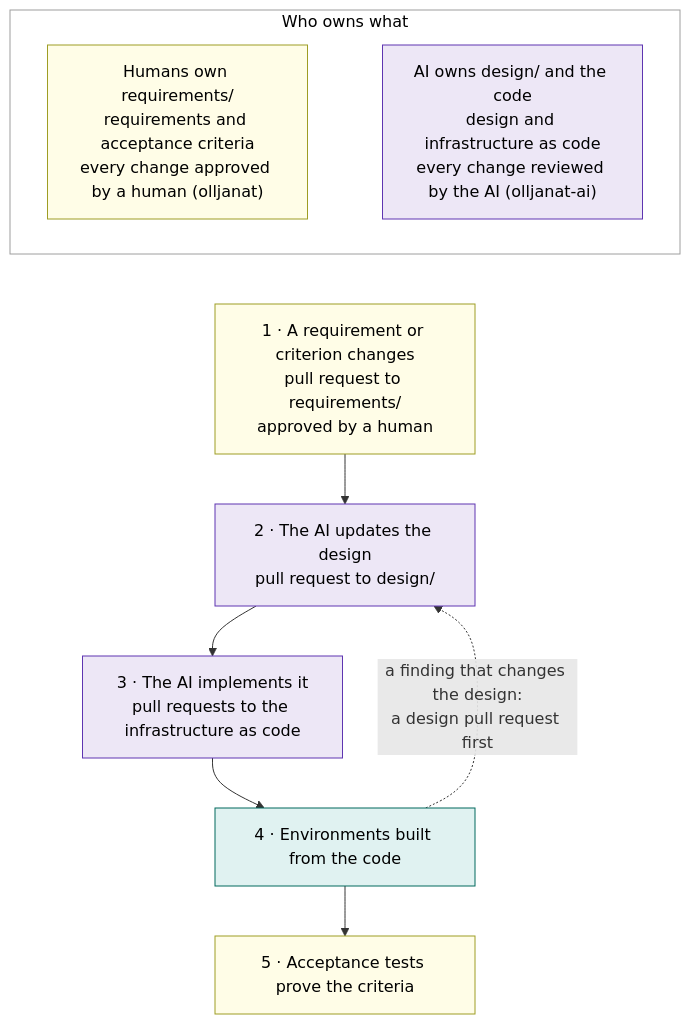
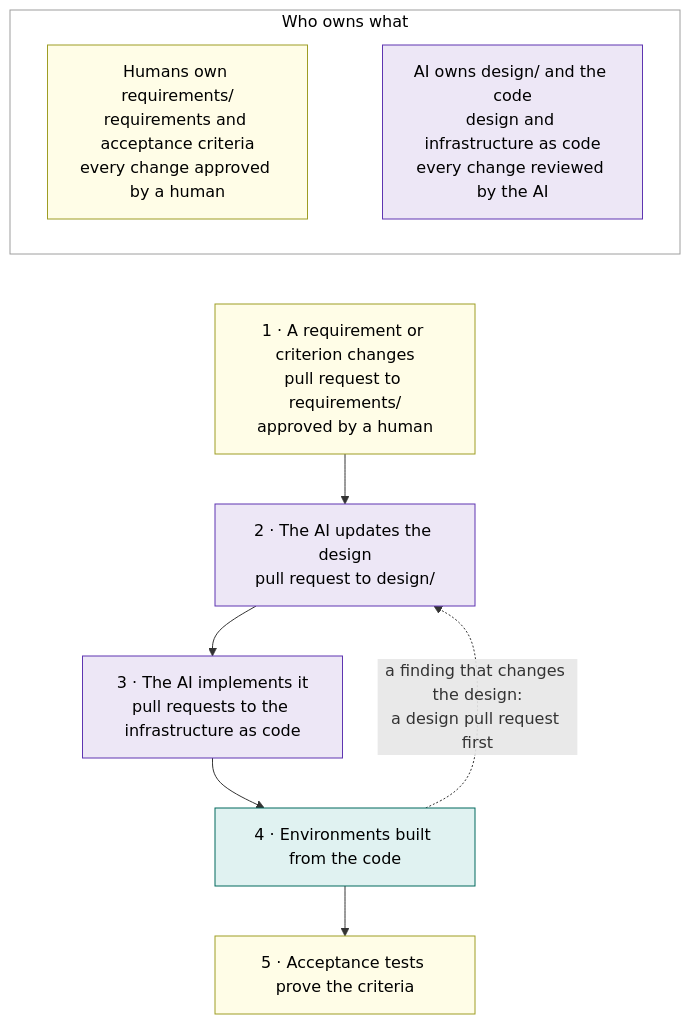
Before and after one commit to onek8s/onek8s.github.io: the diagram in diagrams/0.1-how-we-work.mmd, drawn with Mermaid. The commit also changed 3 other files, not shown here.

```diff
--- a/diagrams/0.1-how-we-work.mmd
+++ b/diagrams/0.1-how-we-work.mmd
@@ -1,28 +1,28 @@
 %% How we work: humans own the requirements and acceptance criteria, AI owns the design and the infrastructure as code.
 %% Every change needs the other side's approval: a human approves requirements/, the AI reviewer reviews design/.
 flowchart TB
     subgraph OWN["Who owns what"]
         direction LR
-        h_own["Humans own requirements/<br/>requirements and acceptance criteria<br/>every change approved by a human (olljanat)"]
-        a_own["AI owns design/ and the code<br/>design and infrastructure as code<br/>every change reviewed by the AI (olljanat-ai)"]
+        h_own["Humans own requirements/<br/>requirements and acceptance criteria<br/>every change approved by a human"]
+        a_own["AI owns design/ and the code<br/>design and infrastructure as code<br/>every change reviewed by the AI"]
         h_own ~~~ a_own
     end
 
     req["1 · A requirement or criterion changes<br/>pull request to requirements/<br/>approved by a human"]
     des["2 · The AI updates the design<br/>pull request to design/"]
     iac["3 · The AI implements it<br/>pull requests to the infrastructure as code"]
     env["4 · Environments built from the code"]
     acc["5 · Acceptance tests prove the criteria"]
 
     OWN ~~~ req
     req --> des --> iac --> env --> acc
     env -.->|"a finding that changes the design:<br/>a design pull request first"| des
 
     classDef human fill:#fffde7,stroke:#9e9d24,color:#000
     classDef ai fill:#ede7f6,stroke:#5e35b1,color:#000
     classDef run fill:#e0f2f1,stroke:#00695c,color:#000
     classDef legend fill:#ffffff,stroke:#9e9e9e,color:#000
     class h_own,req,acc human
     class a_own,des,iac ai
     class env run
     class OWN legend
```
